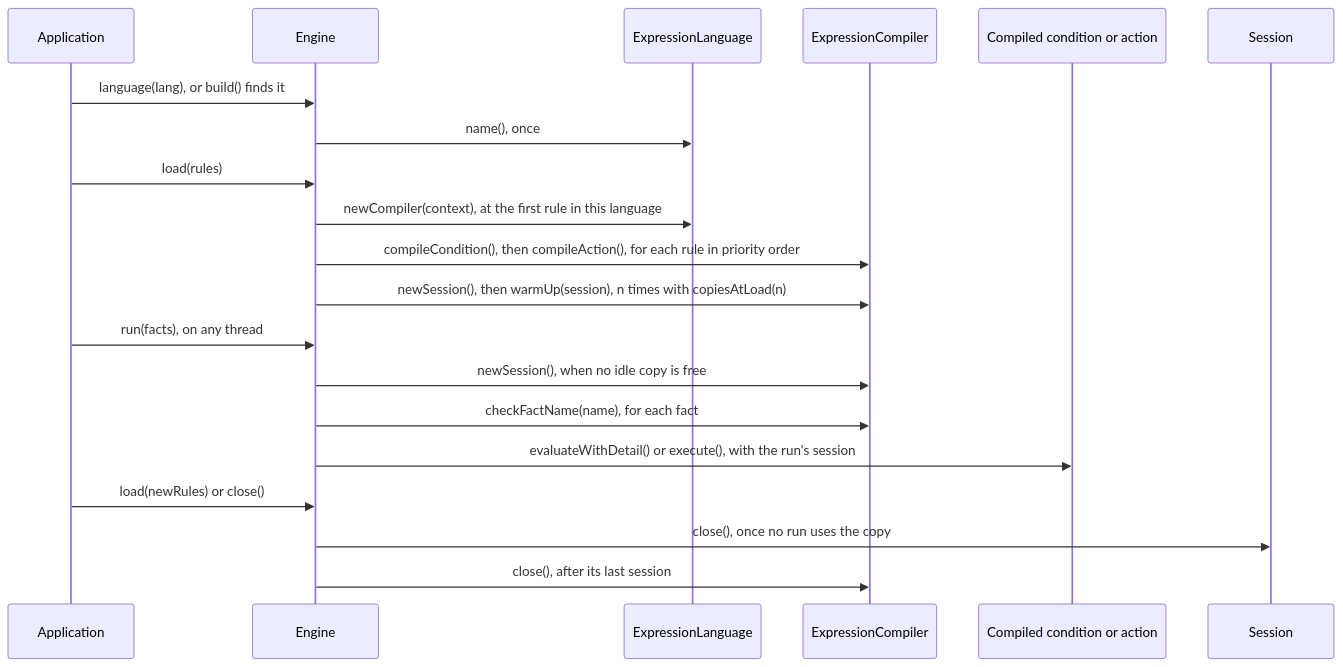
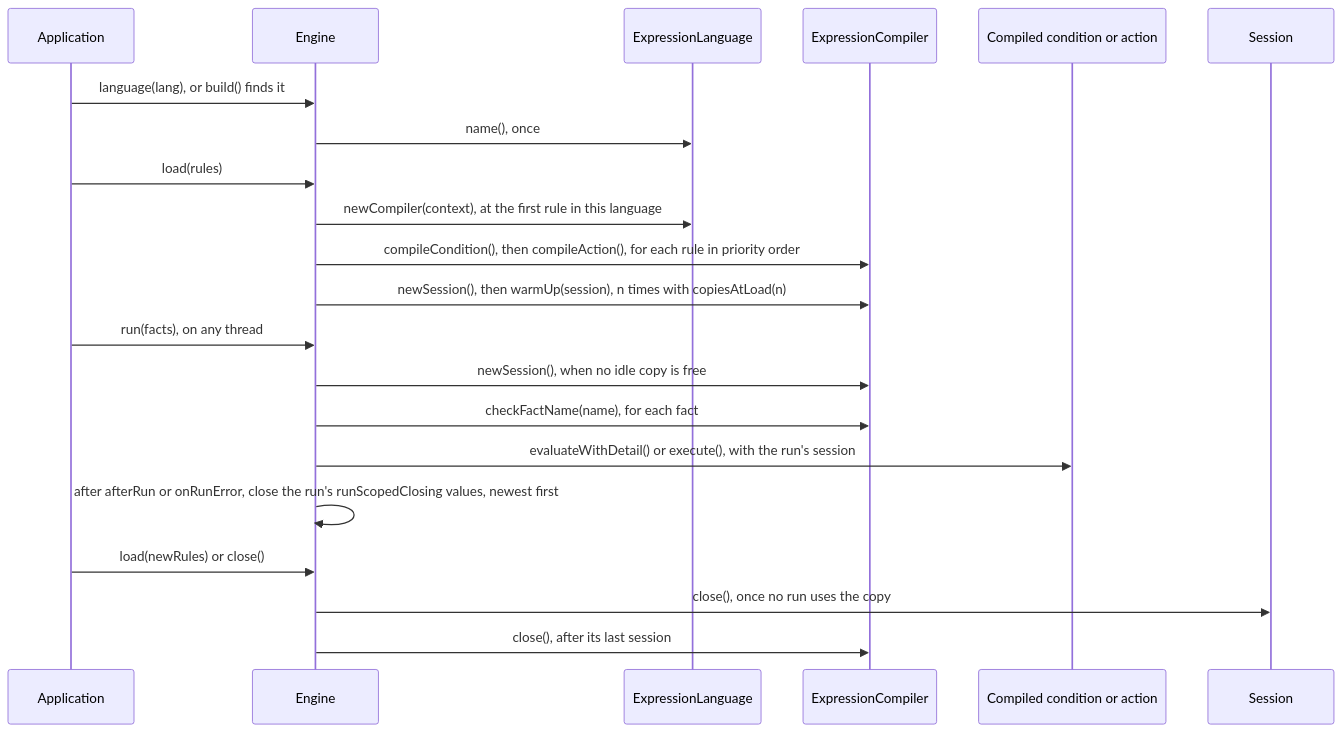
The diagram in docs/languages/custom.md (brantunger/unruly-engine), drawn with Mermaid before and after one commit. The commit also changed other lines of this file and 21 other files, not shown here.

Commit message:
feat: runScopedClosing keeps a value for one run and closes it when the run ends (#902)

````diff
--- a/docs/languages/custom.md
+++ b/docs/languages/custom.md
@@ -36,22 +36,23 @@
 ```mermaid
 sequenceDiagram
     participant App as Application
     participant Engine
     participant Lang as ExpressionLanguage
     participant Comp as ExpressionCompiler
     participant Expr as Compiled condition or action
     participant Sess as Session
     App->>Engine: language(lang), or build() finds it
     Engine->>Lang: name(), once
     App->>Engine: load(rules)
     Engine->>Lang: newCompiler(context), at the first rule in this language
     Engine->>Comp: compileCondition(), then compileAction(), for each rule in priority order
     Engine->>Comp: newSession(), then warmUp(session), n times with copiesAtLoad(n)
     App->>Engine: run(facts), on any thread
     Engine->>Comp: newSession(), when no idle copy is free
     Engine->>Comp: checkFactName(name), for each fact
     Engine->>Expr: evaluateWithDetail() or execute(), with the run's session
+    Engine->>Engine: after afterRun or onRunError, close the run's runScopedClosing values, newest first
     App->>Engine: load(newRules) or close()
     Engine->>Sess: close(), once no run uses the copy
     Engine->>Comp: close(), after its last session
 ```
````
